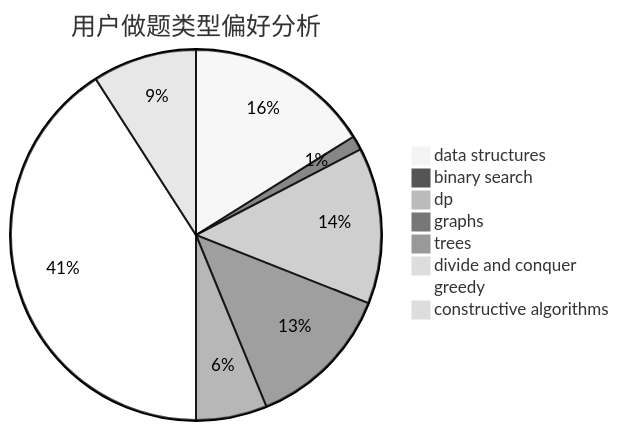
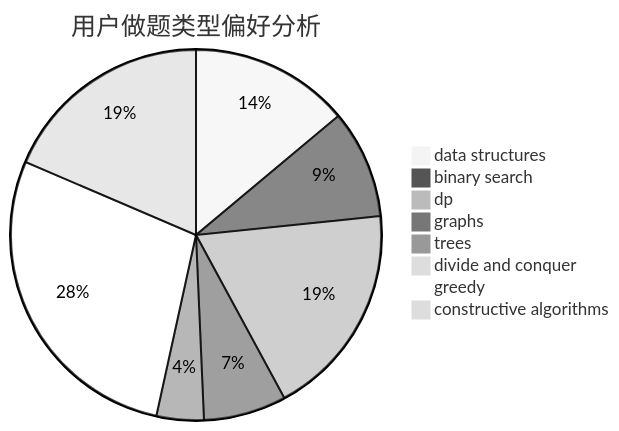
The second of 3 diagrams in docs/user/u274.md (sherpahu/cfrs.github.io), drawn with Mermaid (neutral theme) before and after one commit. The commit also changed other lines of this file and 2770 other files, not shown here.

````diff
--- a/docs/user/u274.md
+++ b/docs/user/u274.md
@@ -23,11 +23,11 @@
 ```mermaid
 pie title 用户做题类型偏好分析
-    "data structures" :  39
-    "binary search" :  3
-    "dp" :  33
-    "graphs" :  31
-    "trees" :  15
+    "data structures" :  81
+    "binary search" :  55
+    "dp" :  109
+    "graphs" :  42
+    "trees" :  24
     "divide and conquer" :  0
-    "greedy" :  99
-    "constructive algorithms" :  22
+    "greedy" :  163
+    "constructive algorithms" :  108
 ```
````
